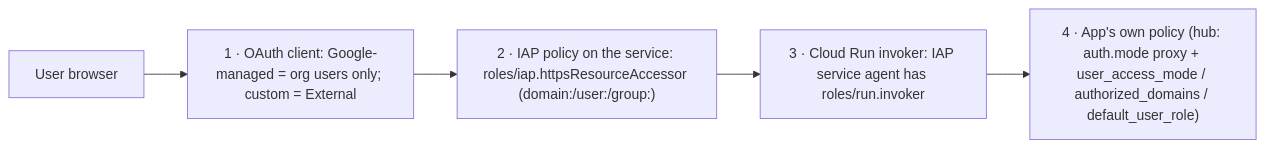
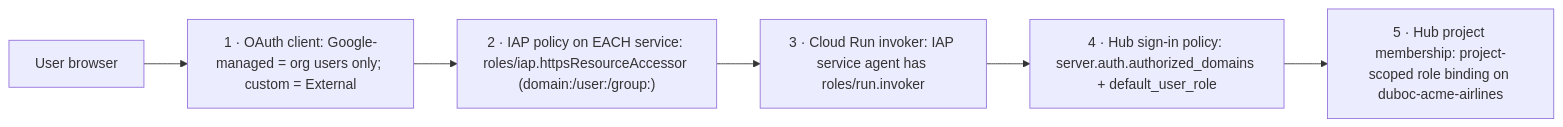
Before and after one commit to duboc/acme-airlines: the diagram in docs/scion/09-iap.md, drawn with Mermaid. The commit also changed other lines of this file and 5 other files, not shown here.

Commit message:
feat(iap): add zup.com.br to WEB_DOMAINS across all 3 IAP services + Hub authorized_domains

````diff
--- a/docs/scion/09-iap.md
+++ b/docs/scion/09-iap.md
@@ -29,7 +29,8 @@
 ```mermaid
 flowchart LR
   u["User browser"] --> o["1 · OAuth client: Google-managed = org users only; custom = External"]
-  o --> a["2 · IAP policy on the service: roles/iap.httpsResourceAccessor (domain:/user:/group:)"]
+  o --> a["2 · IAP policy on EACH service: roles/iap.httpsResourceAccessor (domain:/user:/group:)"]
   a --> i["3 · Cloud Run invoker: IAP service agent has roles/run.invoker"]
-  i --> app["4 · App's own policy (hub: auth.mode proxy + user_access_mode / authorized_domains / default_user_role)"]
+  i --> app["4 · Hub sign-in policy: server.auth.authorized_domains + default_user_role"]
+  app --> proj["5 · Hub project membership: project-scoped role binding on duboc-acme-airlines"]
 ```
````
